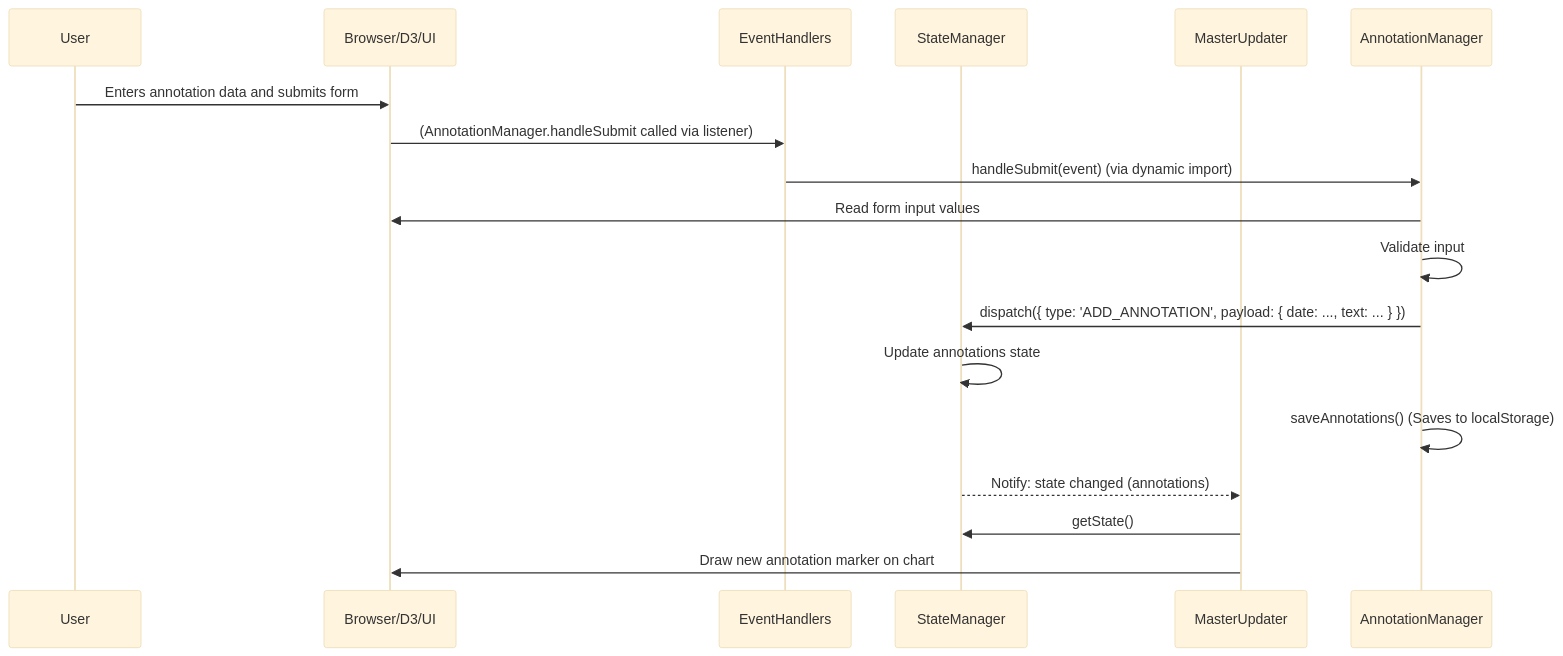
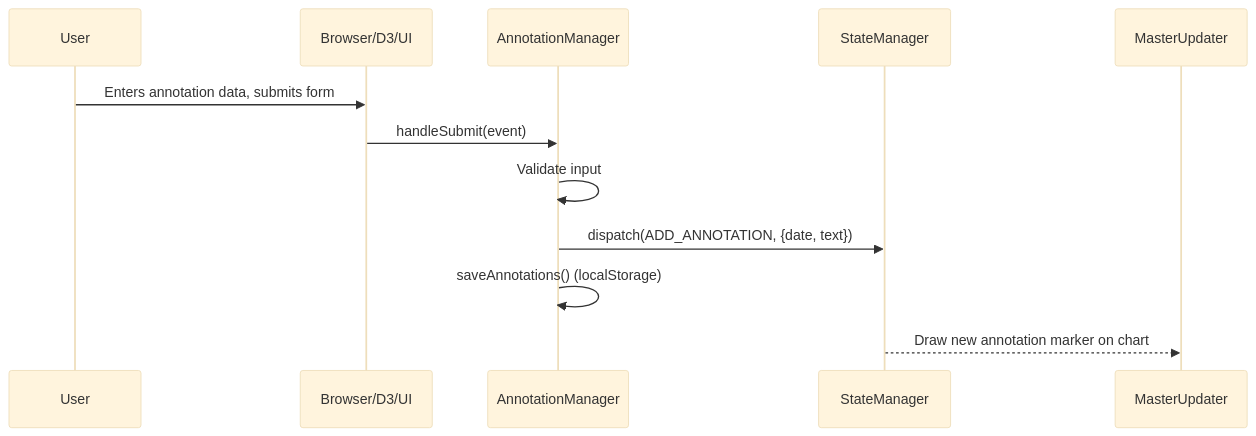
The eighth of 18 diagrams in frontend/docs/program_flow.md (tomaszkaliciak/weight-insider), drawn with Mermaid (base theme) before and after one commit. The commit also changed other lines of this file and 82 other files, not shown here.

````diff
--- a/frontend/docs/program_flow.md
+++ b/frontend/docs/program_flow.md
@@ -223,21 +222,15 @@
 ```mermaid
 sequenceDiagram
     participant User
     participant Browser/D3/UI
-    participant EventHandlers
+    participant AnnotationManager
     participant StateManager
     participant MasterUpdater
-    participant AnnotationManager
 
-    User->>Browser/D3/UI: Enters annotation data and submits form
-    Browser/D3/UI->>EventHandlers: (AnnotationManager.handleSubmit called via listener)
-    EventHandlers->>AnnotationManager: handleSubmit(event) (via dynamic import)
-    AnnotationManager->>Browser/D3/UI: Read form input values
+    User->>Browser/D3/UI: Enters annotation data, submits form
+    Browser/D3/UI->>AnnotationManager: handleSubmit(event)
     AnnotationManager->>AnnotationManager: Validate input
-    AnnotationManager->>StateManager: dispatch({ type: 'ADD_ANNOTATION', payload: { date: ..., text: ... } })
-    StateManager->>StateManager: Update annotations state
-    AnnotationManager->>AnnotationManager: saveAnnotations() (Saves to localStorage)
-    StateManager-->>MasterUpdater: Notify: state changed (annotations)
-    MasterUpdater->>StateManager: getState()
-    MasterUpdater->>Browser/D3/UI: Draw new annotation marker on chart
+    AnnotationManager->>StateManager: dispatch(ADD_ANNOTATION, {date, text})
+    AnnotationManager->>AnnotationManager: saveAnnotations() (localStorage)
+    StateManager-->>MasterUpdater: Draw new annotation marker on chart
 ```
````
